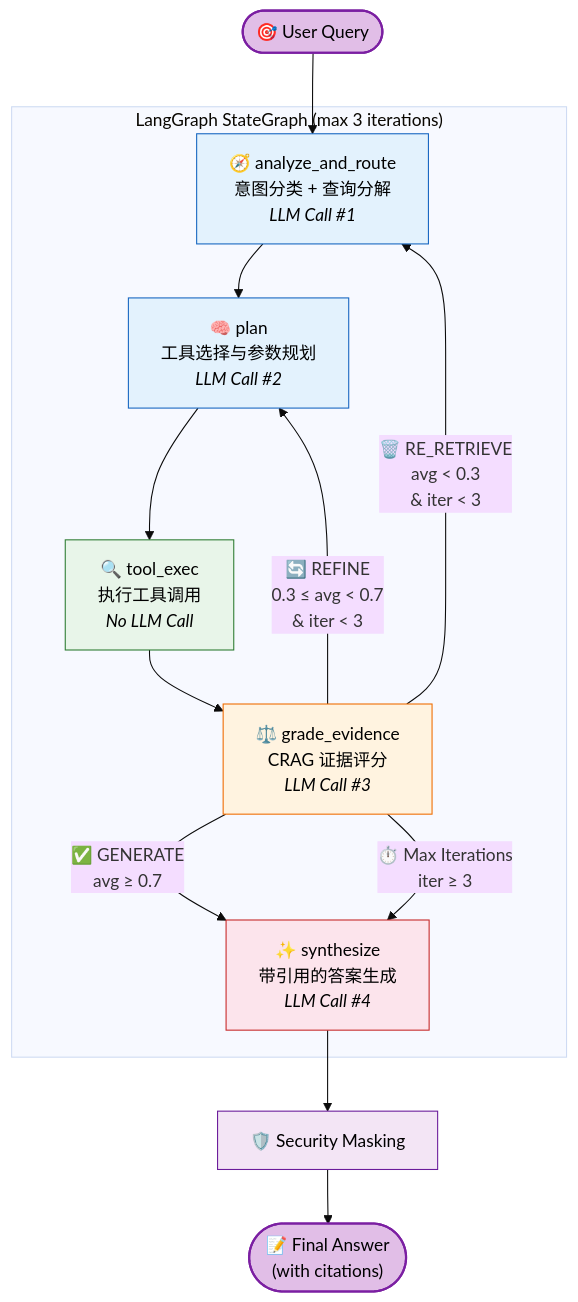
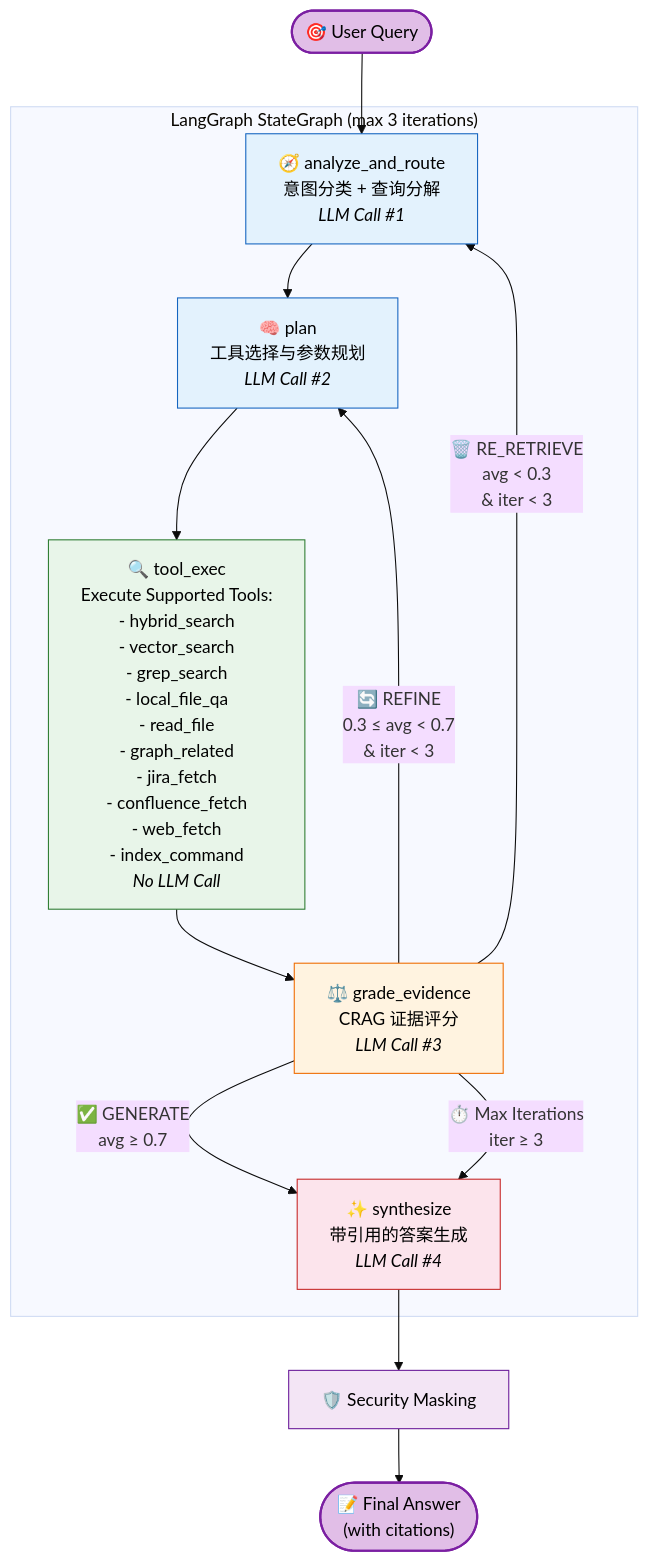
Before and after one commit to coin1860/kb-agent: the first of 4 diagrams in docs/agentic-rag-architecture.md, drawn with Mermaid (base theme). The commit also changed other lines of this file, not shown here.

Commit message:
docs: update agentic RAG architecture diagram with index_command tool

````diff
--- a/docs/agentic-rag-architecture.md
+++ b/docs/agentic-rag-architecture.md
@@ -14,33 +14,33 @@
 ```mermaid
 graph TD
     Start(["🎯 User Query"]) --> Analyze
 
     subgraph "LangGraph StateGraph (max 3 iterations)"
         Analyze["🧭 analyze_and_route<br/>意图分类 + 查询分解<br/><i>LLM Call #1</i>"]
         Plan["🧠 plan<br/>工具选择与参数规划<br/><i>LLM Call #2</i>"]
-        ToolExec["🔍 tool_exec<br/>执行工具调用<br/><i>No LLM Call</i>"]
+        ToolExec["🔍 tool_exec<br/>Execute Supported Tools:<br/>- hybrid_search<br/>- vector_search<br/>- grep_search<br/>- local_file_qa<br/>- read_file<br/>- graph_related<br/>- jira_fetch<br/>- confluence_fetch<br/>- web_fetch<br/>- index_command<br/><i>No LLM Call</i>"]
         Grade["⚖️ grade_evidence<br/>CRAG 证据评分<br/><i>LLM Call #3</i>"]
         Synth["✨ synthesize<br/>带引用的答案生成<br/><i>LLM Call #4</i>"]
 
         Analyze --> Plan
         Plan --> ToolExec
         ToolExec --> Grade
 
         Grade -->|"✅ GENERATE<br/>avg ≥ 0.7"| Synth
         Grade -->|"🔄 REFINE<br/>0.3 ≤ avg < 0.7<br/>& iter < 3"| Plan
         Grade -->|"🗑️ RE_RETRIEVE<br/>avg < 0.3<br/>& iter < 3"| Analyze
         Grade -->|"⏱️ Max Iterations<br/>iter ≥ 3"| Synth
     end
 
     Synth --> Mask["🛡️ Security Masking"]
     Mask --> End(["📝 Final Answer<br/>(with citations)"])
 
     style Start fill:#e1bee7,stroke:#7b1fa2,stroke-width:2px,color:#000
     style End fill:#e1bee7,stroke:#7b1fa2,stroke-width:2px,color:#000
     style Analyze fill:#e3f2fd,stroke:#1565c0,color:#000
     style Plan fill:#e3f2fd,stroke:#1565c0,color:#000
     style ToolExec fill:#e8f5e9,stroke:#2e7d32,color:#000
     style Grade fill:#fff3e0,stroke:#ef6c00,color:#000
     style Synth fill:#fce4ec,stroke:#c62828,color:#000
     style Mask fill:#f3e5f5,stroke:#6a1b9a,color:#000
 ```
````
